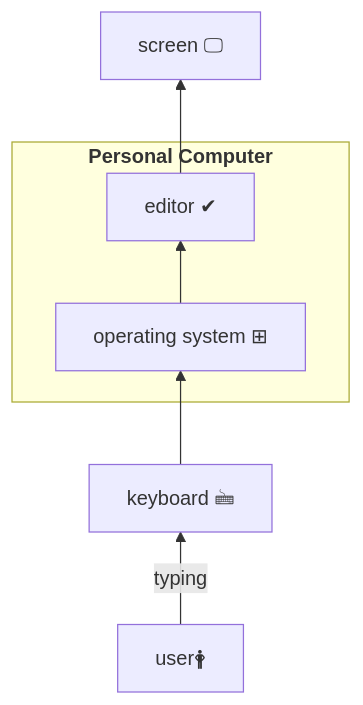
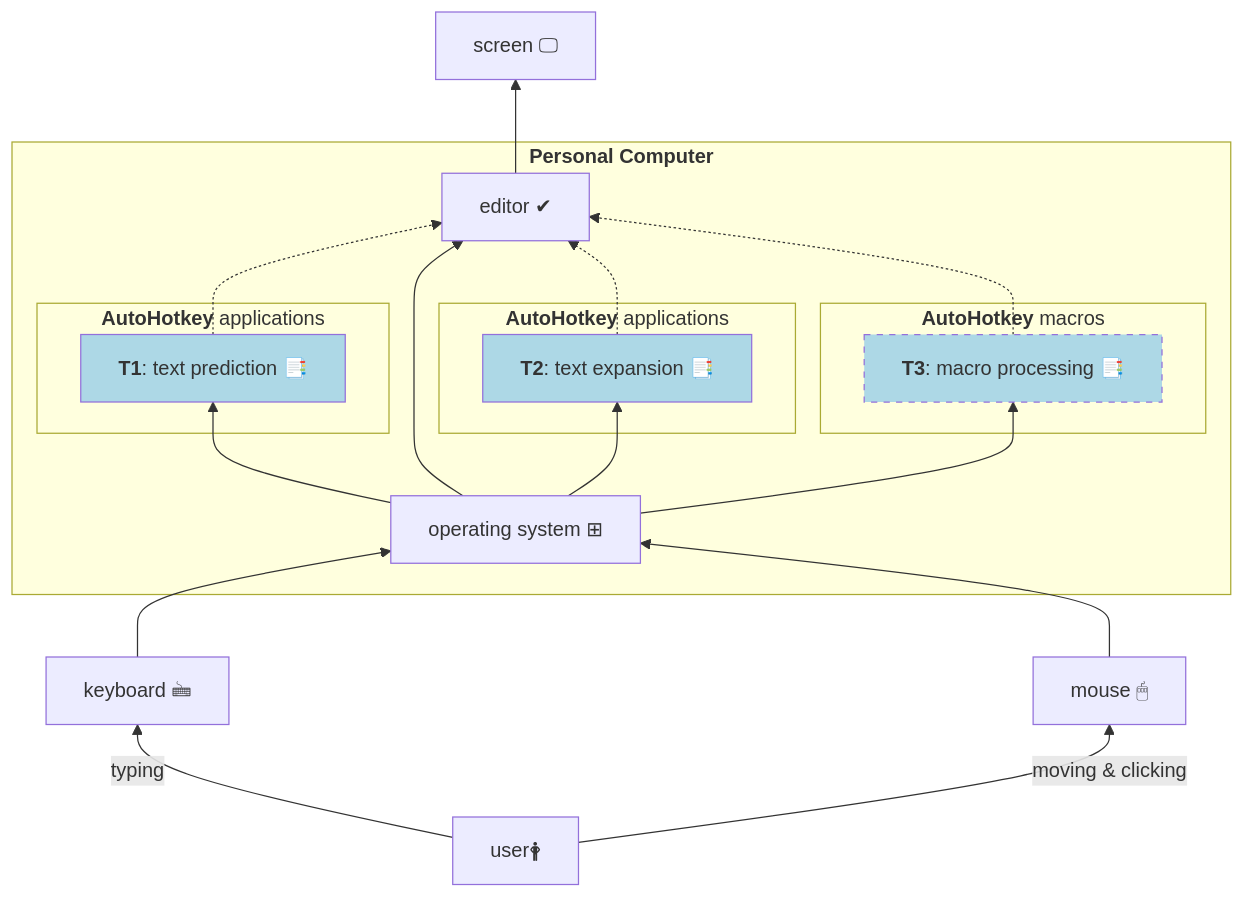
The second of 4 diagrams in BlockDiagrams_VSC.md (mslonik/mslonik), drawn with Mermaid before and after one commit. The commit also changed other lines of this file, not shown here.

````diff
--- a/BlockDiagrams_VSC.md
+++ b/BlockDiagrams_VSC.md
@@ -68,18 +65,48 @@
 ```mermaid
-%% default / old approach
+%% hybrid approach 2
 flowchart BT
 	user["user🛉"]
 	keyboard["`keyboard 🖮`"]
+	mouse["`mouse 🖱`"]
 	screen["screen 🖵"] 
 	OperatingSystem["operating system ⊞"]
 	editor["editor ✔"]
+	TextPrediction["`**T1**: text prediction 📑`"]
+	TextExpansion["`**T2**: text expansion 📑`"]
+	MacroProcessing["`**T3**: macro processing 📑`"]
 
-    user	-->	 |typing| keyboard
+	user	-->	 	|typing| keyboard
+	user	-->		|moving & clicking| mouse
+    
+    subgraph "`**Personal Computer**`"
+        
+        style TextPrediction 	fill:lightblue
+        style TextExpansion 	fill:lightblue
+        style MacroProcessing   fill:lightblue, stroke-dasharray:5
 
-    subgraph "`**Personal Computer**`"
-	    OperatingSystem		--> 	editor
+        subgraph "`**AutoHotkey** applications`"
+            TextPrediction
+        end
+
+        subgraph "`**AutoHotkey** applications`"
+            TextExpansion
+        end
+   
+        subgraph "`**AutoHotkey** macros`"
+            MacroProcessing
+        end
+
+        OperatingSystem		--> 	TextPrediction
+        OperatingSystem		--> 	TextExpansion
+        OperatingSystem		--> 	MacroProcessing
+        
+        TextPrediction 		-.-> editor
+        OperatingSystem		--> 	editor
+        TextExpansion 		-.-> editor
+        MacroProcessing     	-.->	editor
     end
 
-    keyboard			--> 	OperatingSystem
-    editor	--> screen
+        keyboard			--> 	OperatingSystem
+        mouse				--> 	OperatingSystem
+        editor				--> 	screen
 ```
````
